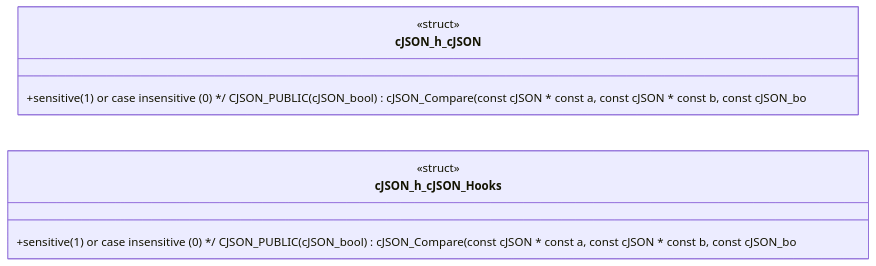
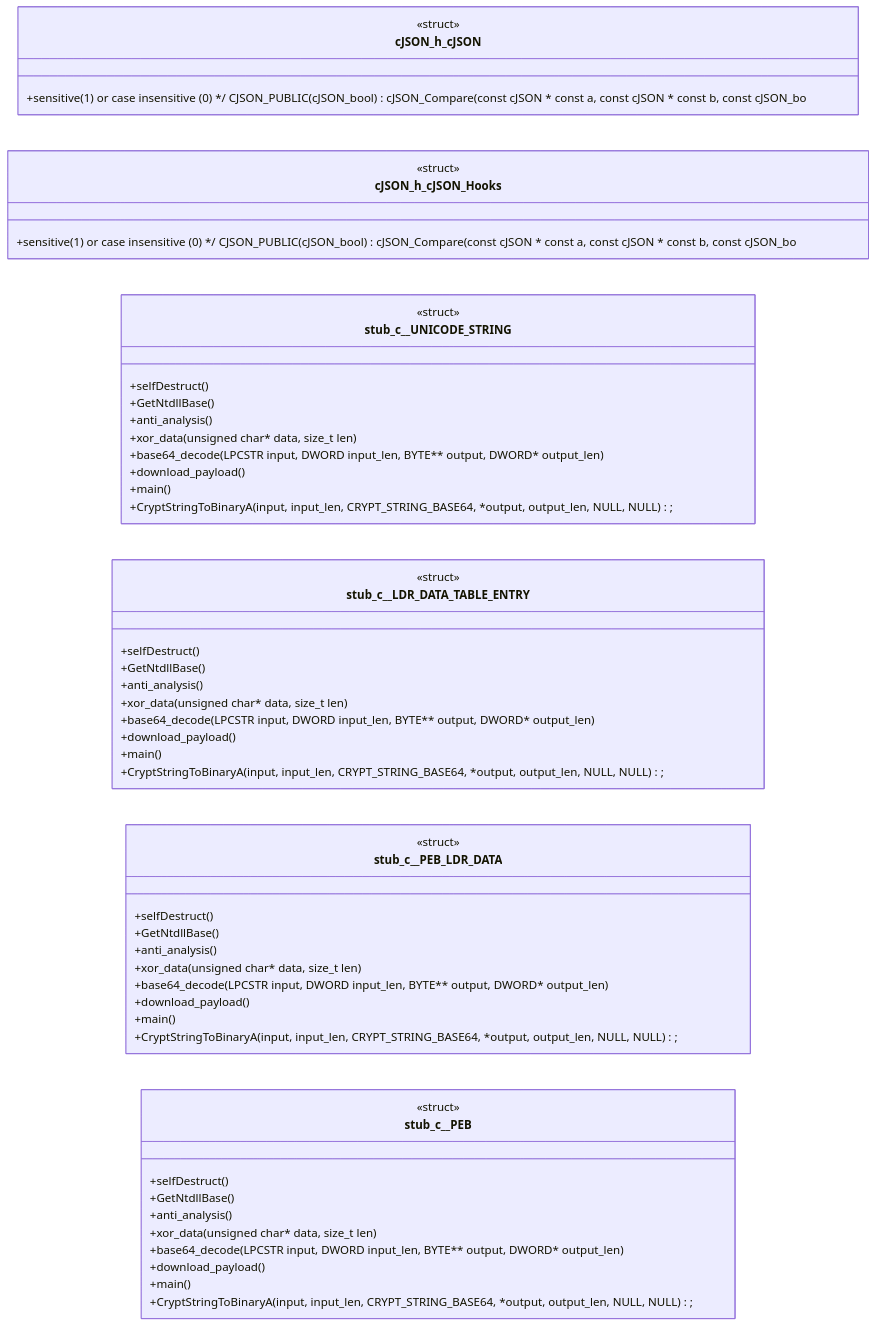
Diagram 11 of 11 in KNOWLEDGE_BASE.md (grisuno/beacon), drawn with Mermaid before and after one commit. The commit also changed other lines of this file and 162 other files, not shown here.

````diff
--- a/KNOWLEDGE_BASE.md
+++ b/KNOWLEDGE_BASE.md
@@ -1339,12 +1364,56 @@
 ```mermaid
 classDiagram
   direction LR
   class cJSON_h_cJSON {
     <<struct>>
     +sensitive(1) or case insensitive (0) */ CJSON_PUBLIC(cJSON_bool) cJSON_Compare(const cJSON * const a, const cJSON * const b, const cJSON_bo
   }
   class cJSON_h_cJSON_Hooks {
     <<struct>>
     +sensitive(1) or case insensitive (0) */ CJSON_PUBLIC(cJSON_bool) cJSON_Compare(const cJSON * const a, const cJSON * const b, const cJSON_bo
   }
+  class stub_c__UNICODE_STRING {
+    <<struct>>
+    +selfDestruct()
+    +GetNtdllBase()
+    +anti_analysis()
+    +xor_data(unsigned char* data, size_t len)
+    +base64_decode(LPCSTR input, DWORD input_len, BYTE** output, DWORD* output_len)
+    +download_payload()
+    +main()
+    +CryptStringToBinaryA(input, input_len, CRYPT_STRING_BASE64, *output, output_len, NULL, NULL);
+  }
+  class stub_c__LDR_DATA_TABLE_ENTRY {
+    <<struct>>
+    +selfDestruct()
+    +GetNtdllBase()
+    +anti_analysis()
+    +xor_data(unsigned char* data, size_t len)
+    +base64_decode(LPCSTR input, DWORD input_len, BYTE** output, DWORD* output_len)
+    +download_payload()
+    +main()
+    +CryptStringToBinaryA(input, input_len, CRYPT_STRING_BASE64, *output, output_len, NULL, NULL);
+  }
+  class stub_c__PEB_LDR_DATA {
+    <<struct>>
+    +selfDestruct()
+    +GetNtdllBase()
+    +anti_analysis()
+    +xor_data(unsigned char* data, size_t len)
+    +base64_decode(LPCSTR input, DWORD input_len, BYTE** output, DWORD* output_len)
+    +download_payload()
+    +main()
+    +CryptStringToBinaryA(input, input_len, CRYPT_STRING_BASE64, *output, output_len, NULL, NULL);
+  }
+  class stub_c__PEB {
+    <<struct>>
+    +selfDestruct()
+    +GetNtdllBase()
+    +anti_analysis()
+    +xor_data(unsigned char* data, size_t len)
+    +base64_decode(LPCSTR input, DWORD input_len, BYTE** output, DWORD* output_len)
+    +download_payload()
+    +main()
+    +CryptStringToBinaryA(input, input_len, CRYPT_STRING_BASE64, *output, output_len, NULL, NULL);
+  }
 ```
````
